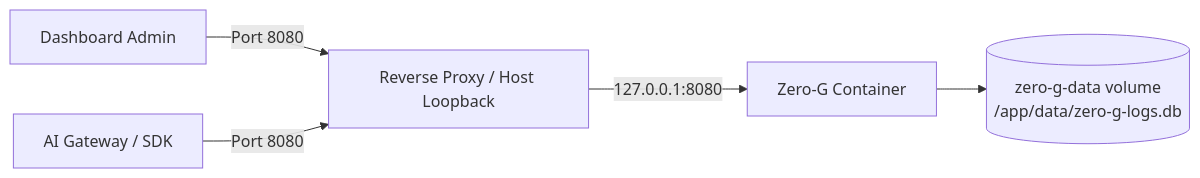
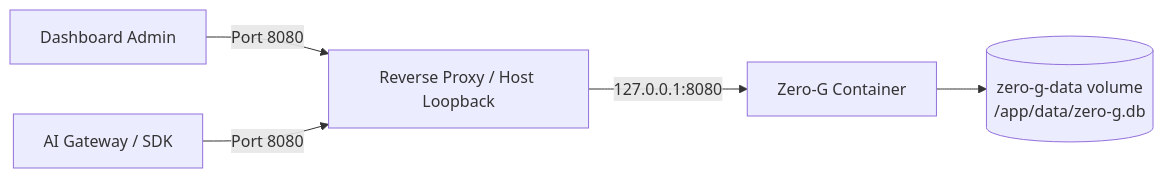
The first of 2 diagrams in docs/deployment.md (Delnegend/zero-g), drawn with Mermaid before and after one commit. The commit also changed other lines of this file and 8 other files, not shown here.

Commit message:
refactor(db): rename zero-g-logs.db to zero-g.db

````diff
--- a/docs/deployment.md
+++ b/docs/deployment.md
@@ -9,7 +9,7 @@
 ```mermaid
 flowchart LR
     Browser[Dashboard Admin] -->|Port 8080| Proxy[Reverse Proxy / Host Loopback]
     Client[AI Gateway / SDK] -->|Port 8080| Proxy
     Proxy -->|127.0.0.1:8080| Container[Zero-G Container]
-    Container --> Volume[(zero-g-data volume\n/app/data/zero-g-logs.db)]
+    Container --> Volume[(zero-g-data volume\n/app/data/zero-g.db)]
 ```
````
